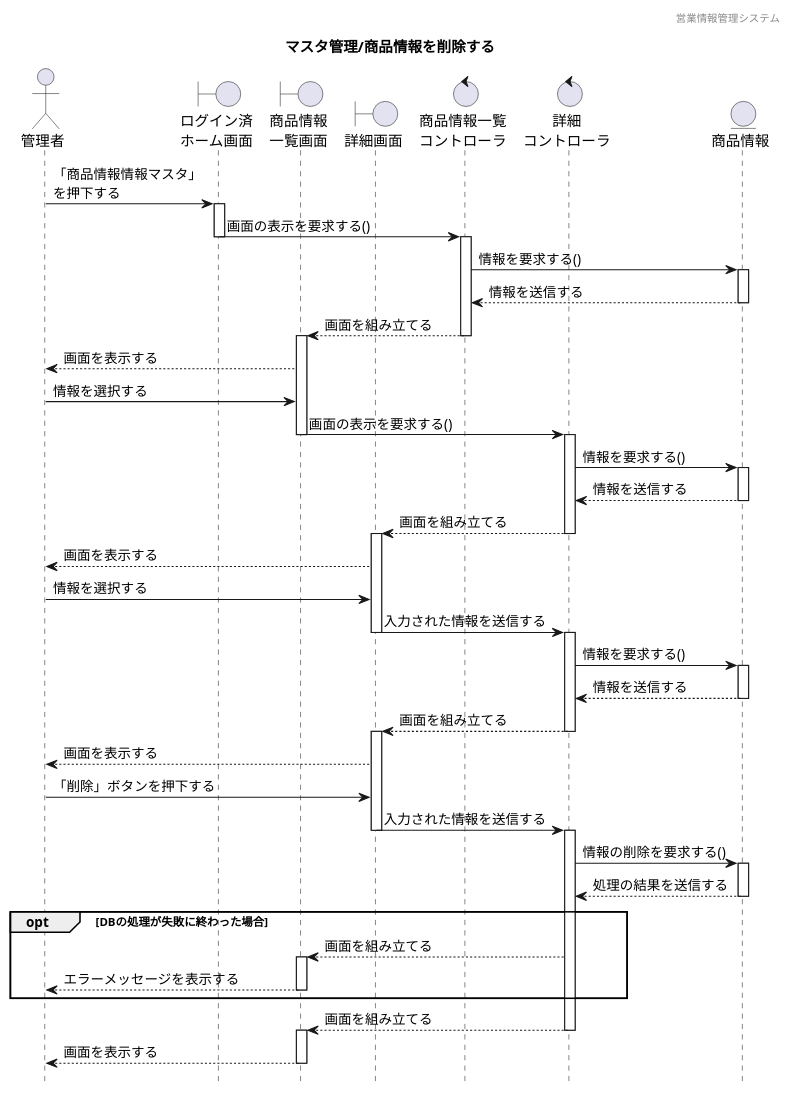
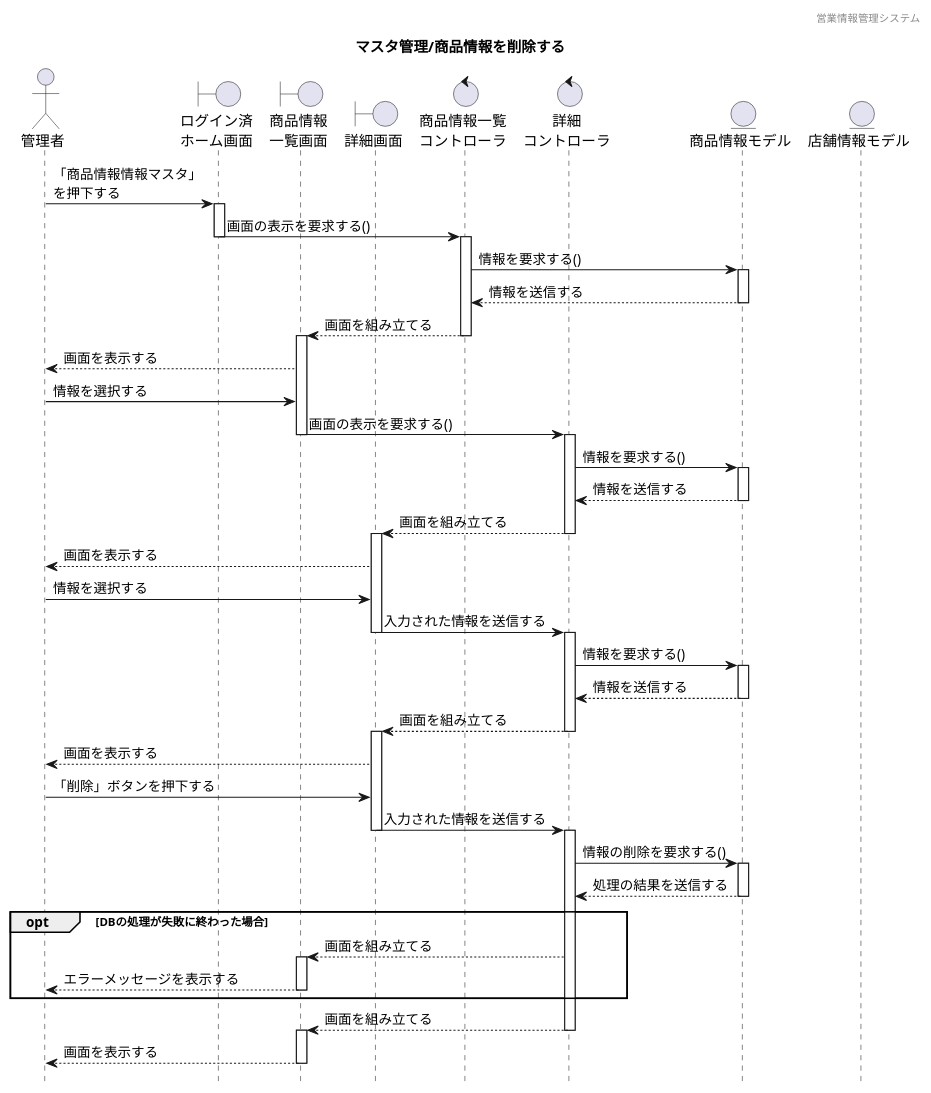
One commit to HaruShim/Sotuken changed the diagram in 各種設計書/4シーケンス図/マスタ管理/F03商品マスタ/商品情報管理_削除.plantuml. Above: the diagram before and after it, drawn with PlantUML. The commit also changed 18 other files, not shown here.

```diff
--- a/各種設計書/4シーケンス図/マスタ管理/F03商品マスタ/商品情報管理_削除.plantuml
+++ b/各種設計書/4シーケンス図/マスタ管理/F03商品マスタ/商品情報管理_削除.plantuml
@@ -1,79 +1,80 @@
 @startuml ../../images/商品情報マスタ/商品情報管理_削除
 hide footbox
 header 営業情報管理システム
 title マスタ管理/商品情報を削除する
 
 ' actor "" as a
 actor "管理者" as a1
 
 ' boundary "" as b
 boundary "ログイン済\nホーム画面" as b1
 boundary "商品情報\n一覧画面" as b2
 boundary "詳細画面" as b3
 
 ' control "" as c
 control "商品情報一覧\nコントローラ" as c1
 control "詳細\nコントローラ" as c2
 
 ' entity "" as e
-entity "商品情報" as e1
+entity "商品情報モデル" as e1
+entity "店舗情報モデル" as e2
 
 a1 -> b1:「商品情報情報マスタ」\nを押下する
 activate b1
 b1 -> c1:画面の表示を要求する()
 deactivate b1
 activate c1
 c1 -> e1 : 情報を要求する()
 activate e1
 e1 --> c1 : 情報を送信する
 deactivate e1
 c1 --> b2: 画面を組み立てる
 deactivate c1
 activate b2
 b2 --> a1 : 画面を表示する
 a1 -> b2 : 情報を選択する
 b2 -> c2 : 画面の表示を要求する()
 deactivate b2
 activate c2
 c2 -> e1 : 情報を要求する()
 activate e1
 e1 --> c2 : 情報を送信する
 deactivate e1
 c2 --> b3 : 画面を組み立てる
 deactivate c2
 activate b3
 b3 --> a1 : 画面を表示する
 a1 -> b3 : 情報を選択する
 b3 -> c2 : 入力された情報を送信する
 deactivate b3
 activate c2
 c2 -> e1 : 情報を要求する()
 activate e1
 e1 --> c2 : 情報を送信する
 deactivate e1
 c2 --> b3 : 画面を組み立てる
 deactivate c2
 activate b3
 b3 --> a1 : 画面を表示する
 a1 -> b3 : 「削除」ボタンを押下する
 b3 -> c2 : 入力された情報を送信する
 deactivate b3
 activate c2
 c2 -> e1 : 情報の削除を要求する()
 activate e1
 e1 --> c2 : 処理の結果を送信する
 deactivate e1
 opt DBの処理が失敗に終わった場合
 c2 --> b2 : 画面を組み立てる
 
 activate b2
 b2 --> a1 : エラーメッセージを表示する
 deactivate b2
 end
 c2 --> b2 : 画面を組み立てる
 deactivate c2
 activate b2
 b2 --> a1 : 画面を表示する
 deactivate b2
 
 @enduml
```
